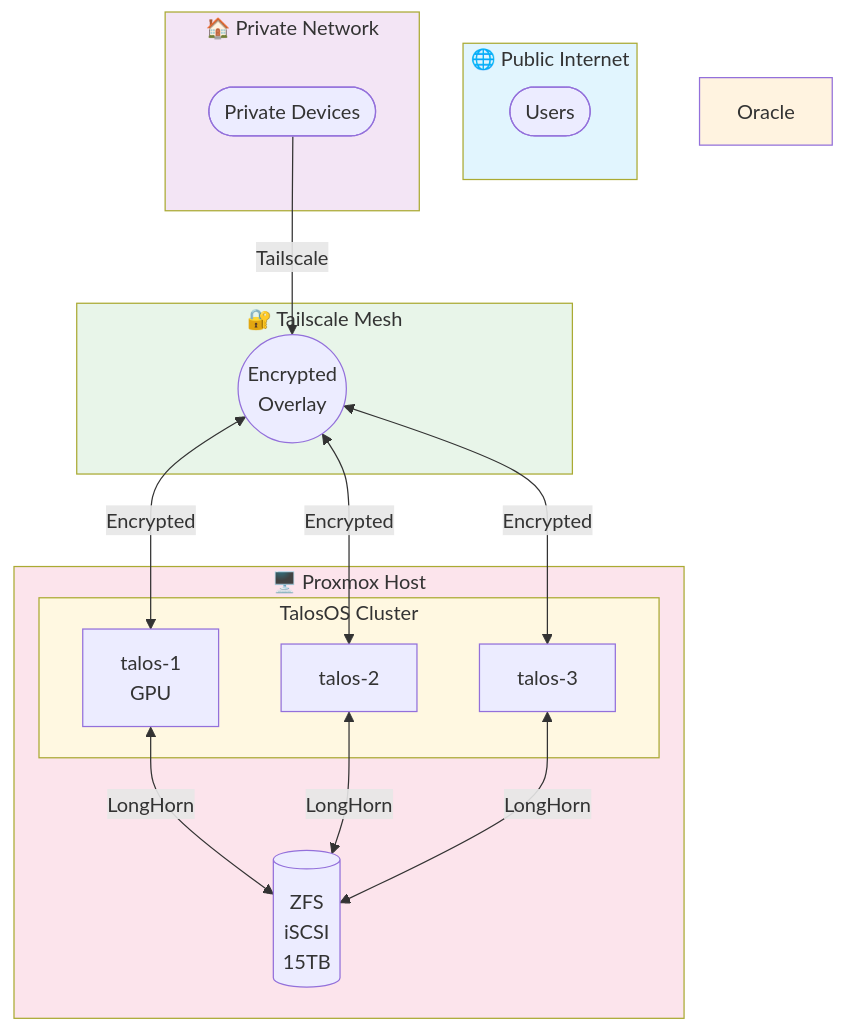
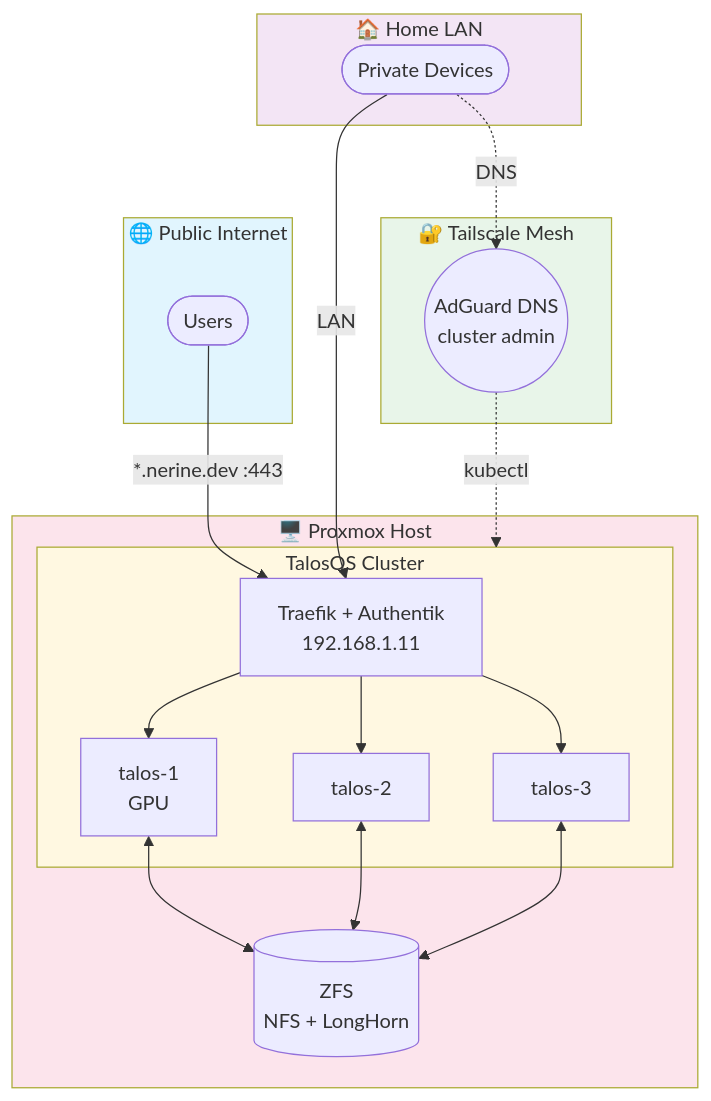
Before and after one commit to ThePhaseless/Interstellar: the diagram in README.md, drawn with Mermaid. The commit also changed other lines of this file, not shown here.

````diff
--- a/README.md
+++ b/README.md
@@ -7,34 +7,37 @@
 ```mermaid
 flowchart TB
     subgraph Internet["🌐 Public Internet"]
         Users(["Users"])
     end
 
-    subgraph Private["🏠 Private Network"]
+    subgraph Private["🏠 Home LAN"]
         Devices(["Private Devices"])
     end
 
     subgraph Tailscale["🔐 Tailscale Mesh"]
-        TS(("Encrypted<br/>Overlay"))
+        TS(("AdGuard DNS<br/>cluster admin"))
     end
 
     subgraph Proxmox["🖥️ Proxmox Host"]
         subgraph Cluster["TalosOS Cluster"]
+            Edge["Traefik + Authentik<br/>192.168.1.11"]
             T1["talos-1<br/>GPU"]
             T2["talos-2"]
             T3["talos-3"]
         end
-        iSCSI[("ZFS<br/>iSCSI<br/>15TB")]
+        Storage[("ZFS<br/>NFS + LongHorn")]
     end
 
-    Devices -->|Tailscale| TS
-    TS <-->|Encrypted| T1 & T2 & T3
-    T1 & T2 & T3 <-->|LongHorn| iSCSI
+    Users -->|"*.nerine.dev :443"| Edge
+    Devices -->|LAN| Edge
+    Devices -.->|DNS| TS
+    TS -.->|kubectl| Cluster
+    Edge --> T1 & T2 & T3
+    T1 & T2 & T3 <--> Storage
 
     style Internet fill:#e1f5fe
     style Private fill:#f3e5f5
-    style Oracle fill:#fff3e0
     style Tailscale fill:#e8f5e9
     style Proxmox fill:#fce4ec
     style Cluster fill:#fff8e1
 ```
````
